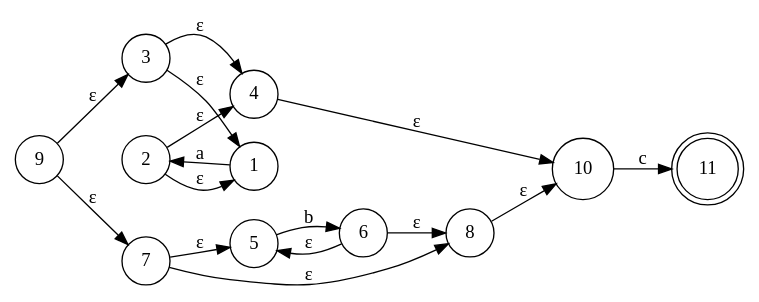
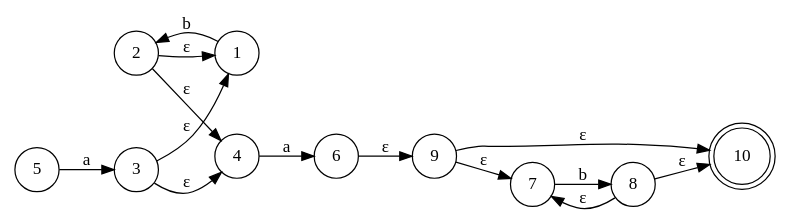
The diagram in fsm.gv (gusta257/Compis1), drawn with Graphviz before and after one commit. The commit also changed 6 other files, not shown here.

```diff
--- a/fsm.gv
+++ b/fsm.gv
@@ -1,31 +1,28 @@
 digraph finite_state_machine {
 	rankdir=LR size="8,5"
 	node [shape=doublecircle]
-	11
+	10
 	node [shape=circle]
-	1 -> 2 [label=a]
+	1 -> 2 [label=b]
 	node [shape=circle]
 	2 -> 4 [label="ε"]
 	2 -> 1 [label="ε"]
 	node [shape=circle]
 	3 -> 1 [label="ε"]
 	3 -> 4 [label="ε"]
 	node [shape=circle]
-	4 -> 10 [label="ε"]
+	4 -> 6 [label=a]
 	node [shape=circle]
-	5 -> 6 [label=b]
+	5 -> 3 [label=a]
 	node [shape=circle]
-	6 -> 8 [label="ε"]
-	6 -> 5 [label="ε"]
+	6 -> 9 [label="ε"]
 	node [shape=circle]
-	7 -> 5 [label="ε"]
-	7 -> 8 [label="ε"]
+	7 -> 8 [label=b]
 	node [shape=circle]
 	8 -> 10 [label="ε"]
+	8 -> 7 [label="ε"]
 	node [shape=circle]
-	9 -> 3 [label="ε"]
 	9 -> 7 [label="ε"]
-	node [shape=circle]
-	10 -> 11 [label=c]
+	9 -> 10 [label="ε"]
 	node [shape=circle]
 }
```
